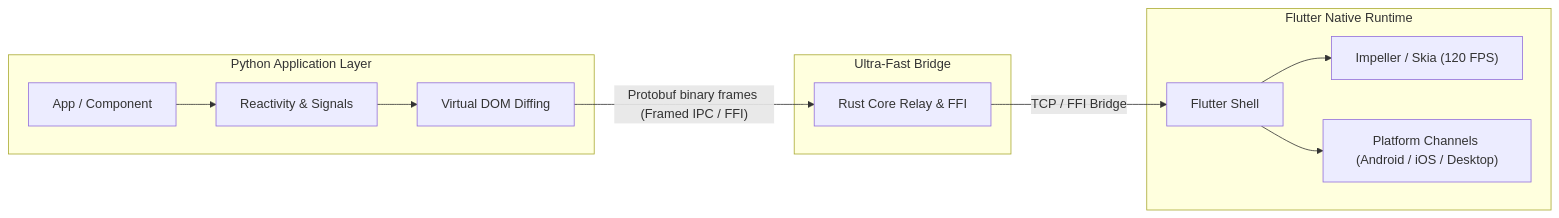
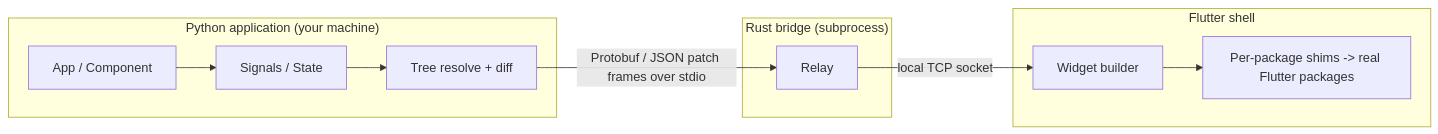
The diagram in README.md (PerfectWin7777/afik), drawn with Mermaid before and after one commit. The commit also changed other lines of this file, not shown here.

Commit message:
docs(readme): describe what works today, plugin model, real vs simulated shims

````diff
--- a/README.md
+++ b/README.md
@@ -28,17 +27,16 @@
 ```mermaid
 graph LR
-    subgraph Python ["Python Application Layer"]
-        App["App / Component"] --> State["Reactivity & Signals"]
-        State --> Render["Virtual DOM Diffing"]
+    subgraph Python ["Python application (your machine)"]
+        App["App / Component"] --> State["Signals / State"]
+        State --> Render["Tree resolve + diff"]
     end
 
-    subgraph Bridge ["Ultra-Fast Bridge"]
-        Render -->|"Protobuf binary frames (Framed IPC / FFI)"| Rust["Rust Core Relay & FFI"]
+    subgraph Bridge ["Rust bridge (subprocess)"]
+        Render -->|"Protobuf / JSON patch frames over stdio"| Rust["Relay"]
     end
 
-    subgraph Flutter ["Flutter Native Runtime"]
-        Rust -->|"TCP / FFI Bridge"| Dart["Flutter Shell"]
-        Dart --> Engine["Impeller / Skia (120 FPS)"]
-        Dart --> Plugins["Platform Channels (Android / iOS / Desktop)"]
+    subgraph Flutter ["Flutter shell"]
+        Rust -->|"local TCP socket"| Dart["Widget builder"]
+        Dart --> Plugins["Per-package shims -> real Flutter packages"]
     end
 ```
````
